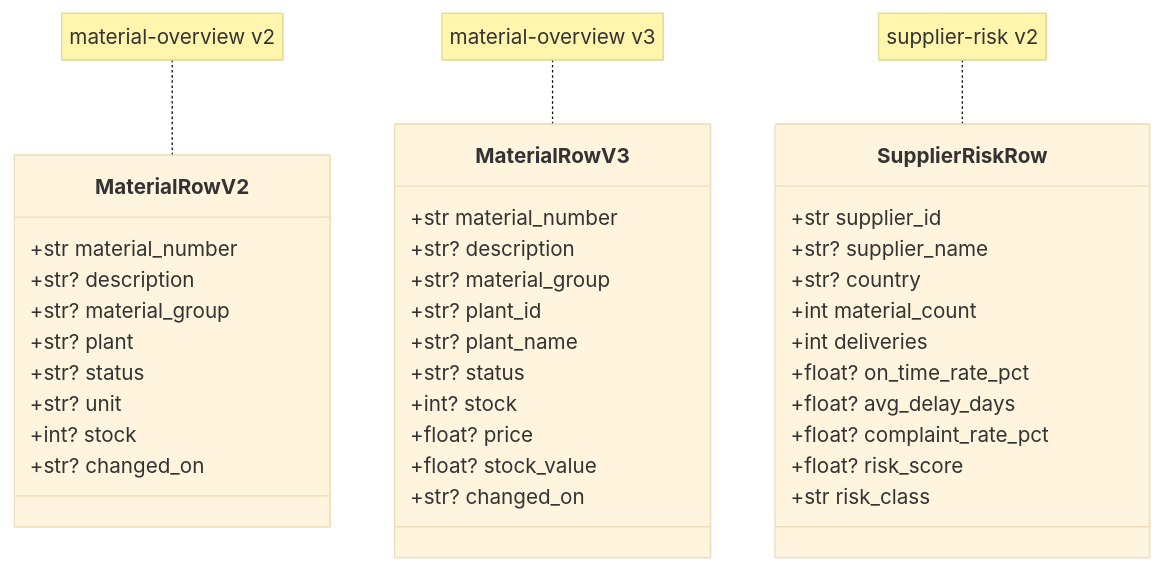
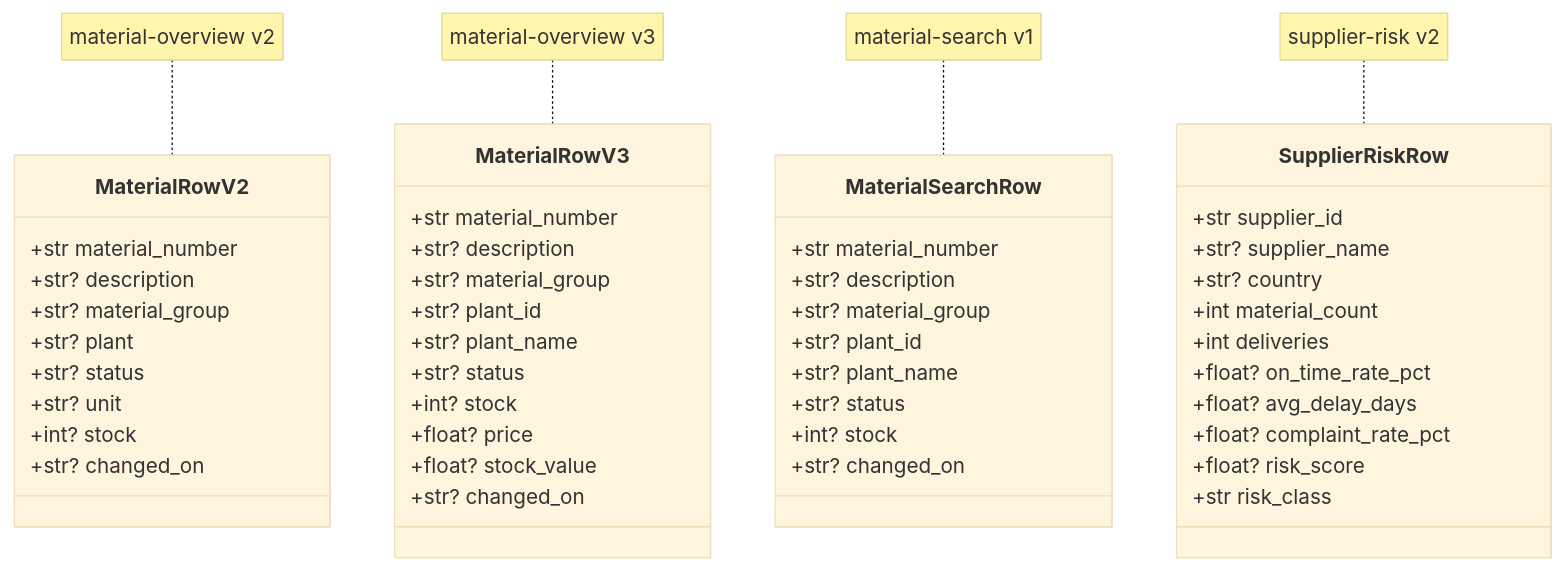
Before and after one commit to PlongoDongo/material_management_dashboard: the third of 3 diagrams in docs/architecture.md, drawn with Mermaid (base theme). The commit also changed other lines of this file and 39 other files, not shown here.

````diff
--- a/docs/architecture.md
+++ b/docs/architecture.md
@@ -77,40 +85,51 @@
 ```mermaid
 classDiagram
   class MaterialRowV2 {
     +str material_number
     +str? description
     +str? material_group
     +str? plant
     +str? status
     +str? unit
     +int? stock
     +str? changed_on
   }
   note for MaterialRowV2 "material-overview v2"
   class MaterialRowV3 {
     +str material_number
     +str? description
     +str? material_group
     +str? plant_id
     +str? plant_name
     +str? status
     +int? stock
     +float? price
     +float? stock_value
     +str? changed_on
   }
   note for MaterialRowV3 "material-overview v3"
+  class MaterialSearchRow {
+    +str material_number
+    +str? description
+    +str? material_group
+    +str? plant_id
+    +str? plant_name
+    +str? status
+    +int? stock
+    +str? changed_on
+  }
+  note for MaterialSearchRow "material-search v1"
   class SupplierRiskRow {
     +str supplier_id
     +str? supplier_name
     +str? country
     +int material_count
     +int deliveries
     +float? on_time_rate_pct
     +float? avg_delay_days
     +float? complaint_rate_pct
     +float? risk_score
     +str risk_class
   }
   note for SupplierRiskRow "supplier-risk v2"
 ```
````
